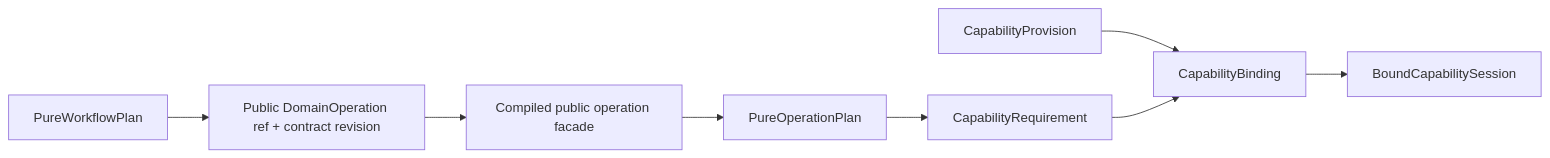
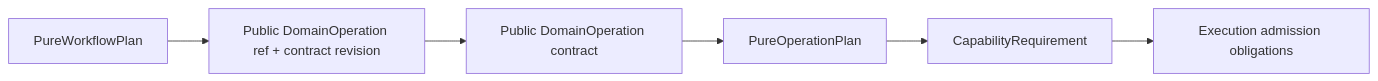
Before and after one commit to sec-platform/sec: diagram 11 of 18 in docs/system-architecture.md, drawn with Mermaid. The commit also changed other lines of this file and 2 other files, not shown here.

````diff
--- a/docs/system-architecture.md
+++ b/docs/system-architecture.md
@@ -545,10 +623,8 @@
 ```mermaid
 flowchart LR
   W[PureWorkflowPlan] --> OR[Public DomainOperation ref + contract revision]
-  OR --> BO[Compiled public operation facade]
-  BO --> P[PureOperationPlan]
+  OR --> OP[Public DomainOperation contract]
+  OP --> P[PureOperationPlan]
   P --> CR[CapabilityRequirement]
-  CP[CapabilityProvision] --> CB[CapabilityBinding]
-  CR --> CB
-  CB --> BC[BoundCapabilitySession]
+  CR --> AD[Execution admission obligations]
 ```
````
